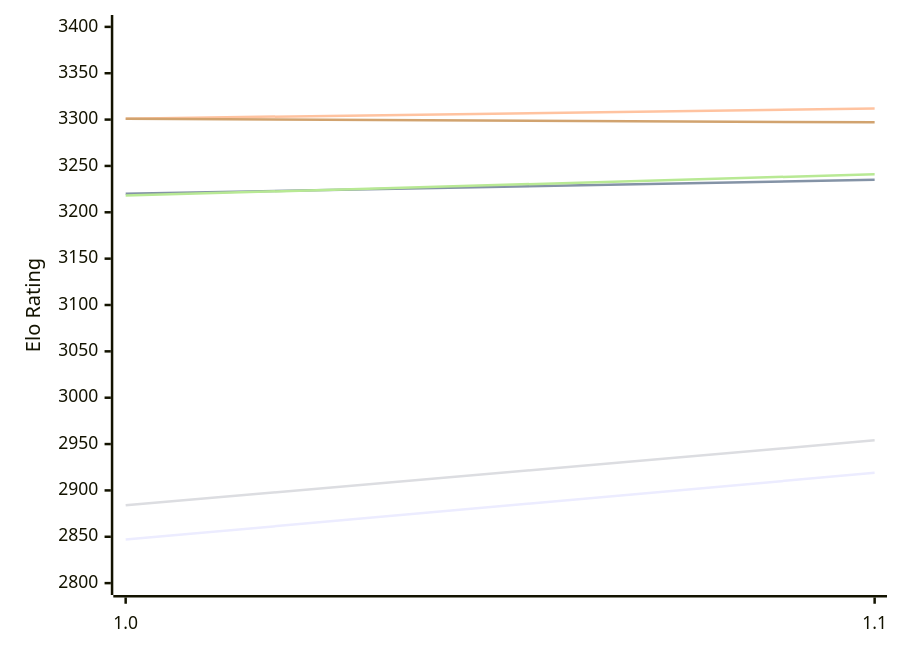
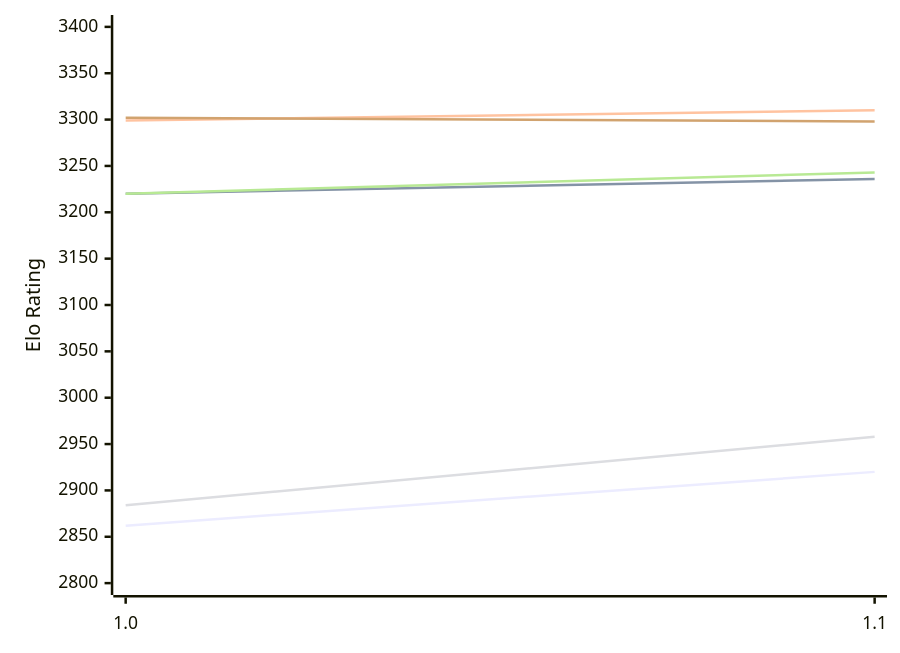
One commit to computer-chess-index/cci changed the first of 2 diagrams in engines/RodentV.md. Above: the diagram before and after it, drawn with Mermaid. The commit also changed other lines of this file, not shown here.

Commit message:
Update CCI Ratings (ELO VLTC) - 2026-11-27

````diff
--- a/engines/RodentV.md
+++ b/engines/RodentV.md
@@ -50,12 +50,12 @@
 ```mermaid
 %%{init: {"theme":"base","themeVariables":{"seriesColors:['#a3a3a3','#222221','#faa371']}}}%%
 xychart-beta
   x-axis ["1.0", "1.1"]
   y-axis "Elo Rating" 2800 --> 3400
-  line "E1: STC (8.0+0.08s)" [2847, 2919]
-  line "E1: LTC (60.0+0.60s)" [3220, 3235]
-  line "E1: VLTC (2m24s+1.12s)" [3301, 3312]
-  line "P1: STC (8.0+0.08s)" [2884, 2954]
-  line "P1: LTC (60.0+0.60s)" [3218, 3241]
-  line "P1: VLTC (2m24s+1.12s)" [3301, 3297]
+  line "E1: STC (8.0+0.08s)" [2862, 2920]
+  line "E1: LTC (60.0+0.60s)" [3220, 3236]
+  line "E1: VLTC (2m24s+1.12s)" [3299, 3310]
+  line "P1: STC (8.0+0.08s)" [2884, 2958]
+  line "P1: LTC (60.0+0.60s)" [3220, 3243]
+  line "P1: VLTC (2m24s+1.12s)" [3302, 3298]
 ```
````
